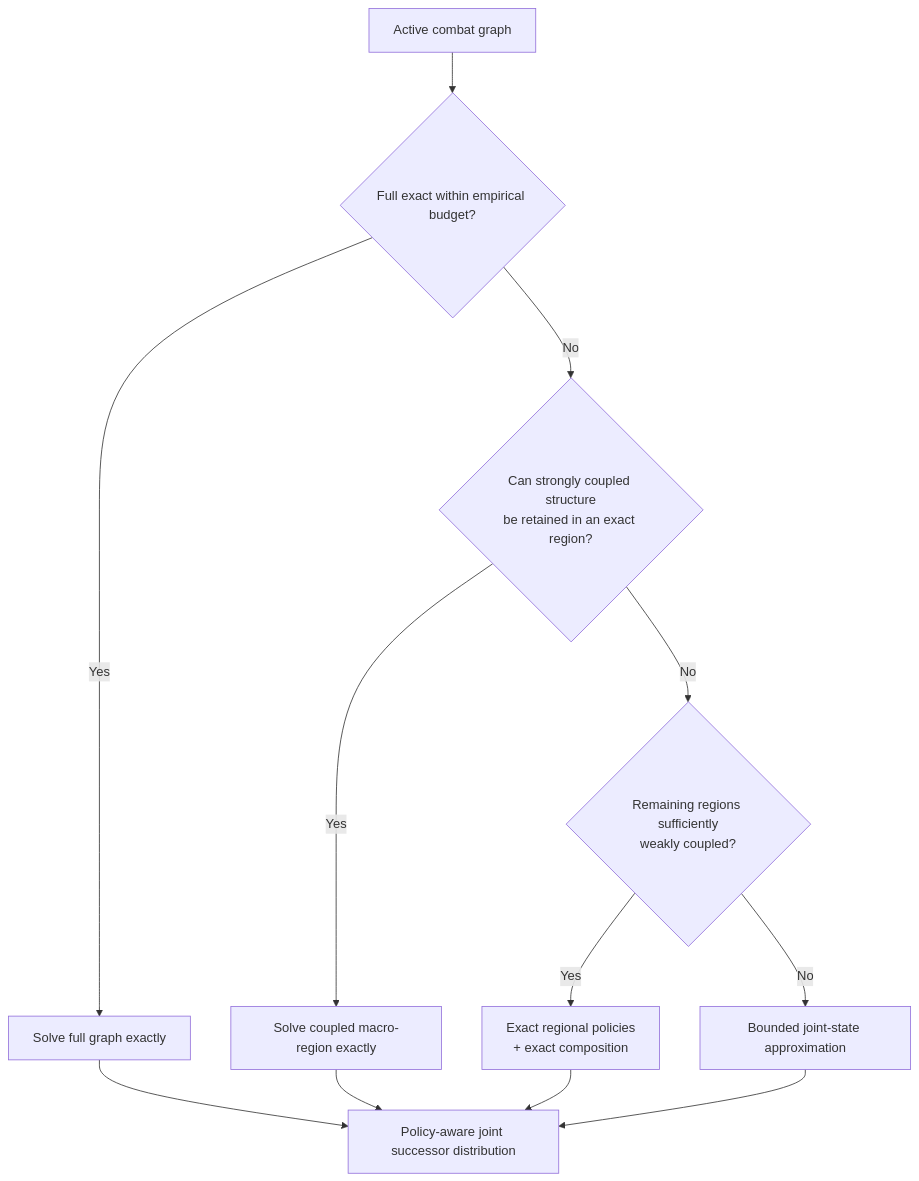
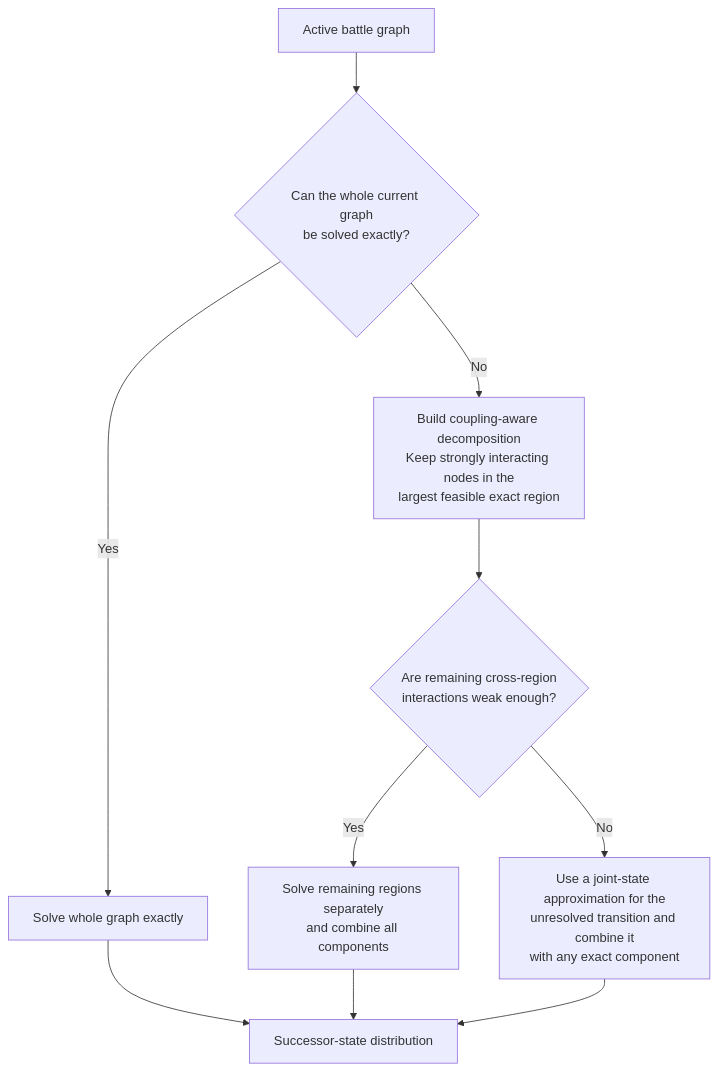
Before and after one commit to IkonRules/risk-strategy-optimization: the fourth of 4 diagrams in docs/architecture.md, drawn with Mermaid. The commit also changed other lines of this file and 1 other file, not shown here.

````diff
--- a/docs/architecture.md
+++ b/docs/architecture.md
@@ -735,28 +680,21 @@
 ```mermaid
 flowchart TD
-    G["Active combat graph"]
-    F{"Full exact within empirical budget?"}
-    X["Solve full graph exactly"]
-
-    C{"Can strongly coupled structure<br/>be retained in an exact region?"}
-    M["Solve coupled macro-region exactly"]
-
-    W{"Remaining regions sufficiently<br/>weakly coupled?"}
-    R["Exact regional policies<br/>+ exact composition"]
-
-    A["Bounded joint-state approximation"]
-    J["Policy-aware joint successor distribution"]
+    G["Active battle graph"]
+    F{"Can the whole current graph<br/>be solved exactly?"}
+    X["Solve whole graph exactly"]
+    K["Build coupling-aware decomposition<br/>Keep strongly interacting nodes in the<br/>largest feasible exact region"]
+    W{"Are remaining cross-region<br/>interactions weak enough?"}
+    R["Solve remaining regions separately<br/>and combine all components"]
+    A["Use a joint-state approximation for the<br/>unresolved transition and combine it<br/>with any exact component"]
+    J["Successor-state distribution"]
 
     G --> F
     F -- Yes --> X
-    F -- No --> C
-    C -- Yes --> M
-    C -- No --> W
+    X --> J
+    F -- No --> K
+    K --> W
     W -- Yes --> R
     W -- No --> A
-
-    X --> J
-    M --> J
     R --> J
     A --> J
 ```
````
